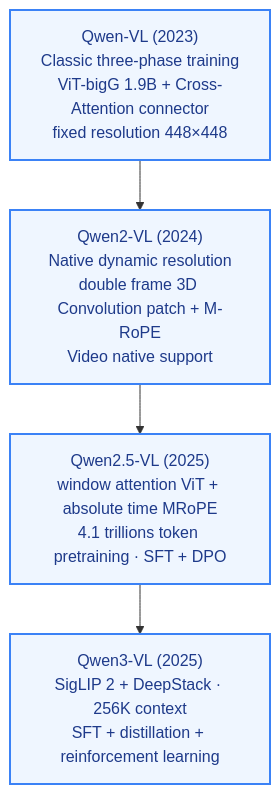
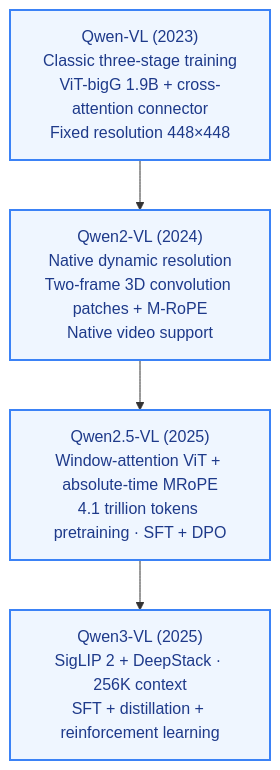
Diagram 11 of 15 in _translations/en/research/VLM-Survey.md (TingdeLiu/tingdeliu.github.io), drawn with Mermaid before and after one commit. The commit also changed other lines of this file and 51 other files, not shown here.

````diff
--- a/_translations/en/research/VLM-Survey.md
+++ b/_translations/en/research/VLM-Survey.md
@@ -1314,11 +1314,11 @@
 ```mermaid
 flowchart TD
     classDef qwen fill:#eff6ff,stroke:#3b82f6,stroke-width:2px,color:#1e3a8a;
 
-    V1["Qwen-VL (2023)\nClassic three-phase training\nViT-bigG 1.9B + Cross-Attention connector\nfixed resolution 448×448"]:::qwen
-    V2["Qwen2-VL (2024)\nNative dynamic resolution\ndouble frame 3D Convolution patch + M-RoPE\nVideo native support"]:::qwen
-    V3["Qwen2.5-VL (2025)\nwindow attention ViT + absolute time MRoPE\n4.1 trillions token pretraining · SFT + DPO"]:::qwen
+    V1["Qwen-VL (2023)\nClassic three-stage training\nViT-bigG 1.9B + cross-attention connector\nFixed resolution 448×448"]:::qwen
+    V2["Qwen2-VL (2024)\nNative dynamic resolution\nTwo-frame 3D convolution patches + M-RoPE\nNative video support"]:::qwen
+    V3["Qwen2.5-VL (2025)\nWindow-attention ViT + absolute-time MRoPE\n4.1 trillion tokens pretraining · SFT + DPO"]:::qwen
     V4["Qwen3-VL (2025)\nSigLIP 2 + DeepStack · 256K context\nSFT + distillation + reinforcement learning"]:::qwen
 
     V1 --> V2 --> V3 --> V4
 ```
````
